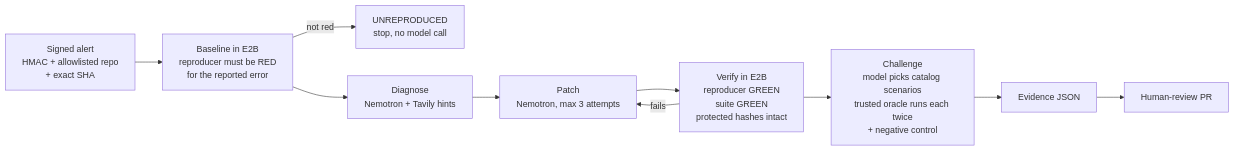
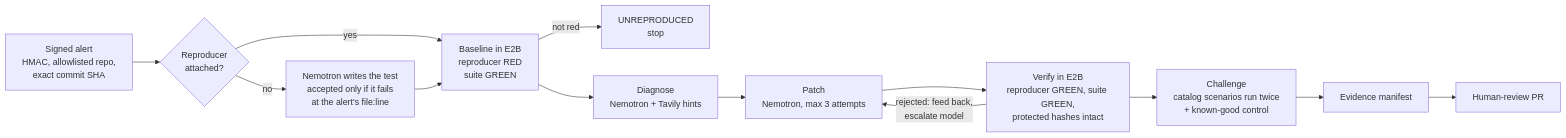
The diagram in README.md (AIForge10/patchwarden), drawn with Mermaid before and after one commit. The commit also changed other lines of this file and 12 other files, not shown here.

````diff
--- a/README.md
+++ b/README.md
@@ -60,12 +76,15 @@
 ```mermaid
 flowchart LR
-    A[Signed alert<br/>HMAC + allowlisted repo<br/>+ exact SHA] --> B[Baseline in E2B<br/>reproducer must be RED<br/>for the reported error]
-    B -->|not red| U[UNREPRODUCED<br/>stop, no model call]
+    A[Signed alert<br/>HMAC, allowlisted repo,<br/>exact commit SHA] --> R{Reproducer<br/>attached?}
+    R -->|no| W[Nemotron writes the test<br/>accepted only if it fails<br/>at the alert's file:line]
+    R -->|yes| B
+    W --> B[Baseline in E2B<br/>reproducer RED<br/>suite GREEN]
+    B -->|not red| U[UNREPRODUCED<br/>stop]
     B --> C[Diagnose<br/>Nemotron + Tavily hints]
     C --> D[Patch<br/>Nemotron, max 3 attempts]
-    D --> E[Verify in E2B<br/>reproducer GREEN<br/>suite GREEN<br/>protected hashes intact]
-    E -->|fails| D
-    E --> F[Challenge<br/>model picks catalog scenarios<br/>trusted oracle runs each twice<br/>+ negative control]
-    F --> G[Evidence JSON]
+    D --> E[Verify in E2B<br/>reproducer GREEN, suite GREEN,<br/>protected hashes intact]
+    E -->|rejected: feed back,<br/>escalate model| D
+    E --> F[Challenge<br/>catalog scenarios run twice<br/>+ known-good control]
+    F --> G[Evidence manifest]
     G --> H[Human-review PR]
 ```
````
